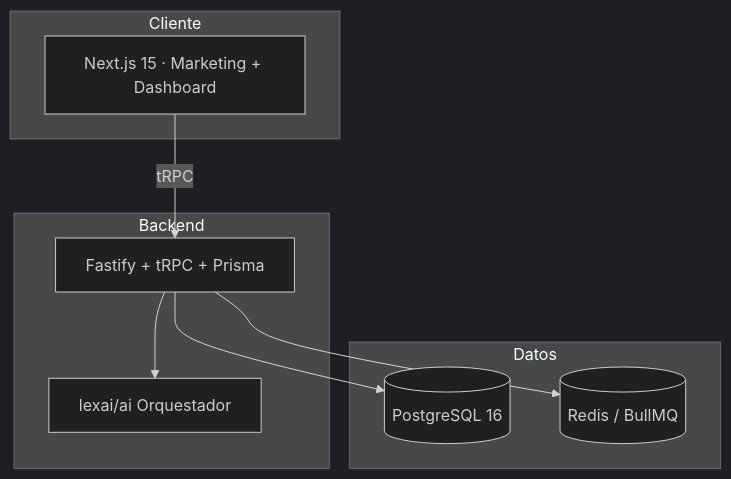
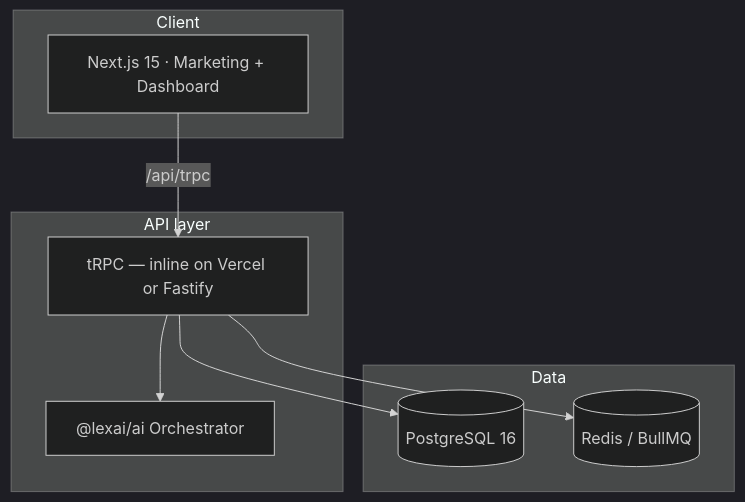
Before and after one commit to thedevroom/lexai: the diagram in README.md, drawn with Mermaid (dark theme). The commit also changed other lines of this file and 38 other files, not shown here.

````diff
--- a/README.md
+++ b/README.md
@@ -106,19 +94,18 @@
 ```mermaid
-
 flowchart TB
-  subgraph Cliente
-    WEB[Next.js 15 · Marketing + Dashboard]
+  subgraph Client
+    WEB["Next.js 15 · Marketing + Dashboard"]
   end
-  subgraph Backend
-    API[Fastify + tRPC + Prisma]
-    AI[lexai/ai Orquestador]
+  subgraph API["API layer"]
+    TRPC["tRPC — inline on Vercel or Fastify"]
+    AI["@lexai/ai Orchestrator"]
   end
-  subgraph Datos
-    PG[(PostgreSQL 16)]
-    RD[(Redis / BullMQ)]
+  subgraph Data
+    PG[("PostgreSQL 16")]
+    RD[("Redis / BullMQ")]
   end
-  WEB -->|tRPC| API
-  API --> AI
-  API --> PG
-  API --> RD
+  WEB -->|"/api/trpc"| TRPC
+  TRPC --> AI
+  TRPC --> PG
+  TRPC --> RD
 ```
````
